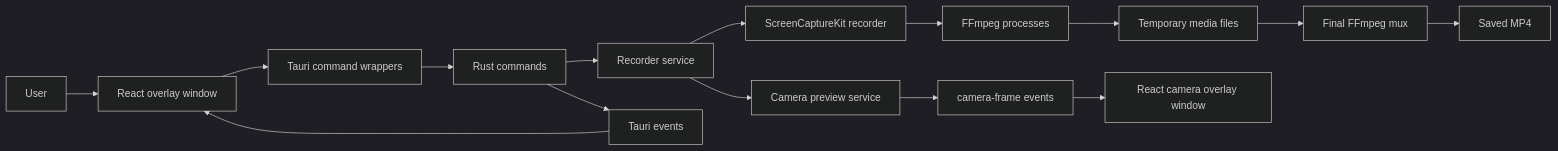
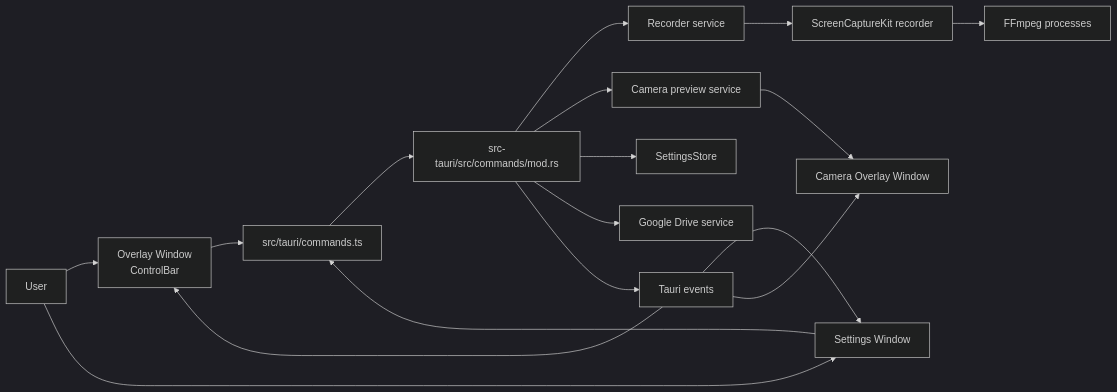
The diagram in docs/README.md (MaximeBF2000/momentum-capture), drawn with Mermaid (dark theme) before and after one commit. The commit also changed other lines of this file and 5 other files, not shown here.

````diff
--- a/docs/README.md
+++ b/docs/README.md
@@ -16,17 +18,23 @@
 ```mermaid
 flowchart LR
-  user["User"] --> overlay["React overlay window"]
-  overlay --> commands["Tauri command wrappers"]
-  commands --> rust["Rust commands"]
-  rust --> recorder["Recorder service"]
+  user["User"] --> overlay["Overlay Window\nControlBar"]
+  user --> settings["Settings Window"]
+
+  overlay --> tsCommands["src/tauri/commands.ts"]
+  settings --> tsCommands
+  tsCommands --> rustCommands["src-tauri/src/commands/mod.rs"]
+
+  rustCommands --> recorder["Recorder service"]
+  rustCommands --> camera["Camera preview service"]
+  rustCommands --> settingsStore["SettingsStore"]
+  rustCommands --> drive["Google Drive service"]
+
   recorder --> sck["ScreenCaptureKit recorder"]
-  recorder --> camera["Camera preview service"]
   sck --> ffmpeg["FFmpeg processes"]
-  camera --> camEvents["camera-frame events"]
-  ffmpeg --> temp["Temporary media files"]
-  temp --> mux["Final FFmpeg mux"]
-  mux --> downloads["Saved MP4"]
-  rust --> events["Tauri events"]
+  camera --> cameraOverlay["Camera Overlay Window"]
+
+  rustCommands --> events["Tauri events"]
   events --> overlay
-  camEvents --> cameraWindow["React camera overlay window"]
+  events --> settings
+  events --> cameraOverlay
 ```
````
